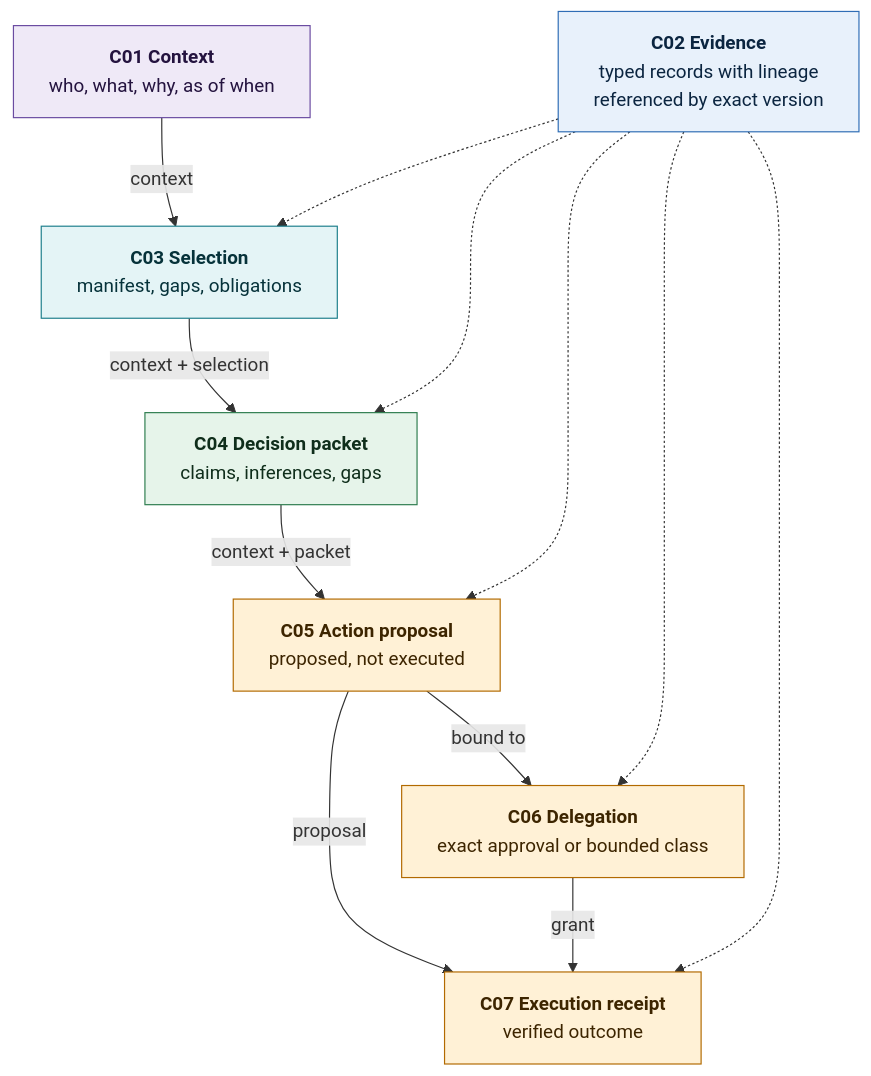
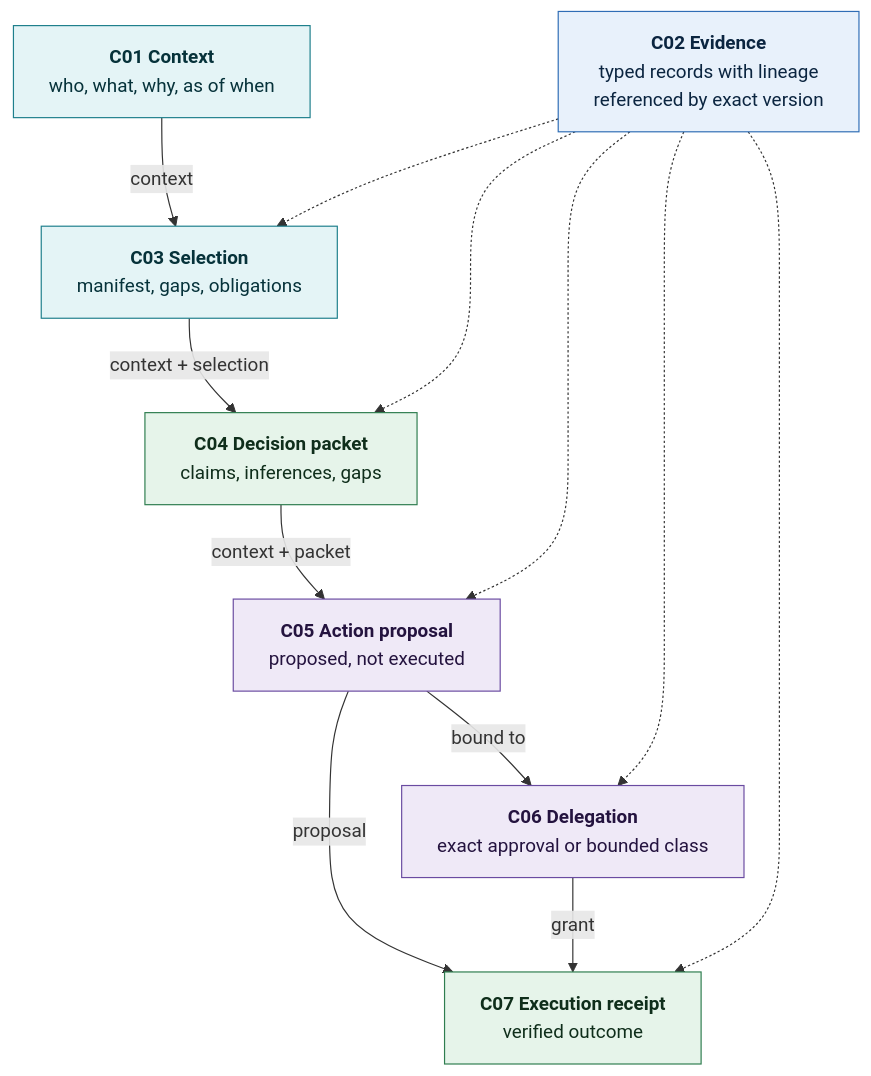
One commit to andygeorgi/evidence-at-human-scale changed the diagram in figures/src/F11.mmd. Above: the diagram before and after it, drawn with Mermaid. The commit also changed 45 other files, not shown here.

```diff
--- a/figures/src/F11.mmd
+++ b/figures/src/F11.mmd
@@ -1,27 +1,27 @@
 %%{init: {"flowchart": {"wrappingWidth": 300, "htmlLabels": true, "nodeSpacing": 40, "rankSpacing": 56}}}%%
 flowchart TB
     accTitle: How the seven contracts refer to each other
     accDescr: The context C01 is referenced by the selection C03, the decision packet C04 and the action proposal C05. The selection is referenced by the packet. The packet is referenced by the proposal. A delegation C06 is bound to an exact proposal or to a bounded class. An execution receipt C07 references one proposal and one grant. Evidence records C02 are referenced, by exact version, from the selection, the packet, the proposal, the delegation and the receipt.
     C01["<b>C01 Context</b><br/>who, what, why, as of when"]:::ctx
     C03["<b>C03 Selection</b><br/>manifest, gaps, obligations"]:::sel
     C04["<b>C04 Decision packet</b><br/>claims, inferences, gaps"]:::pkt
     C05["<b>C05 Action proposal</b><br/>proposed, not executed"]:::own
     C06["<b>C06 Delegation</b><br/>exact approval or bounded class"]:::own
-    C07["<b>C07 Execution receipt</b><br/>verified outcome"]:::own
+    C07["<b>C07 Execution receipt</b><br/>verified outcome"]:::pkt
     C02["<b>C02 Evidence</b><br/>typed records with lineage<br/>referenced by exact version"]:::src
     C01 -->|"context"| C03
     C03 -->|"context + selection"| C04
     C04 -->|"context + packet"| C05
     C05 -->|"bound to"| C06
     C05 -->|"proposal"| C07
     C06 -->|"grant"| C07
     C02 -.-> C03
     C02 -.-> C04
     C02 -.-> C05
     C02 -.-> C06
     C02 -.-> C07
-    classDef ctx fill:#EFE9F7,stroke:#6A4BA1,color:#24133F
+    classDef ctx fill:#E4F4F6,stroke:#1E7F8C,color:#06323A
     classDef src fill:#E8F1FB,stroke:#2F6DB5,color:#0B2540
     classDef sel fill:#E4F4F6,stroke:#1E7F8C,color:#06323A
     classDef pkt fill:#E6F4EA,stroke:#2E7D4F,color:#0F2E1B
-    classDef own fill:#FFF1D6,stroke:#B26A00,color:#3D2500
+    classDef own fill:#EFE9F7,stroke:#6A4BA1,color:#24133F
```
